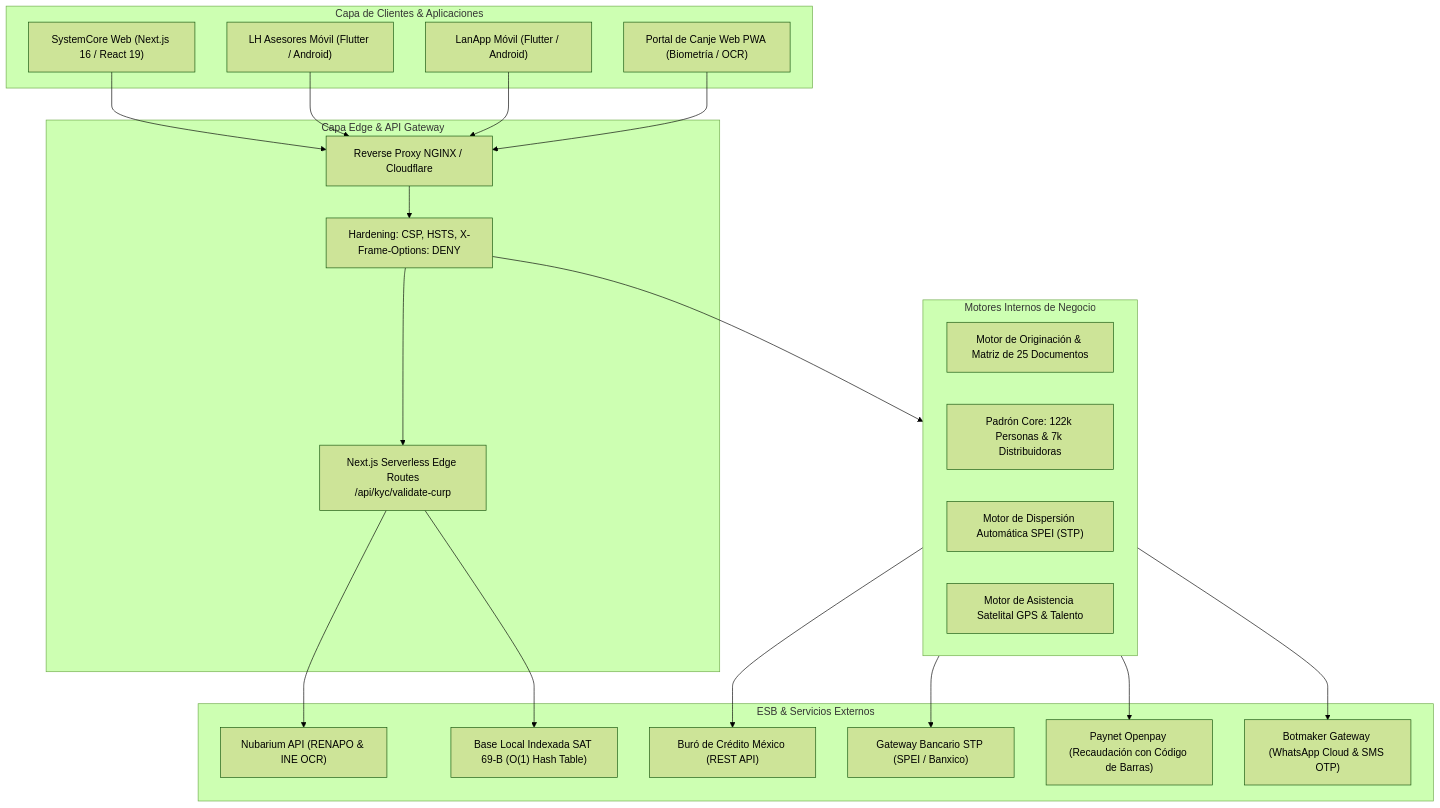
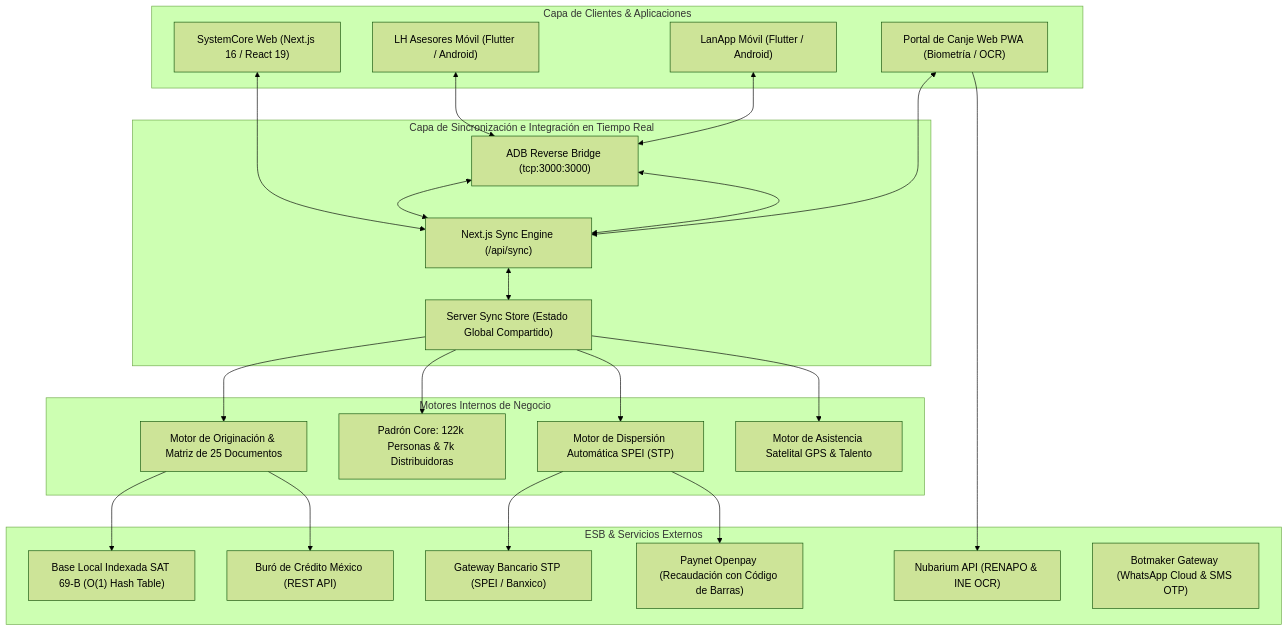
The diagram in README.md (CarlosMartinezLH/SystemCore_LH), drawn with Mermaid (forest theme) before and after one commit. The commit also changed other lines of this file and 11 other files, not shown here.

Commit message:
feat(sync): add bidirectional multi-system sync bus, executive presentation, and updated documentation

````diff
--- a/README.md
+++ b/README.md
@@ -24,47 +25,48 @@
 ```mermaid
 flowchart TD
     subgraph Clientes ["Capa de Clientes & Aplicaciones"]
         WEB["SystemCore Web (Next.js 16 / React 19)"]
         APP_ADV["LH Asesores Móvil (Flutter / Android)"]
         APP_LAN["LanApp Móvil (Flutter / Android)"]
         PWA_CAN["Portal de Canje Web PWA (Biometría / OCR)"]
     end
 
-    subgraph EdgeGateway ["Capa Edge & API Gateway"]
-        PROXY["Reverse Proxy NGINX / Cloudflare"]
-        EDGE_API["Next.js Serverless Edge Routes\n/api/kyc/validate-curp"]
-        SEC_HEADERS["Hardening: CSP, HSTS, X-Frame-Options: DENY"]
+    subgraph SyncBus ["Capa de Sincronización e Integración en Tiempo Real"]
+        API_SYNC["Next.js Sync Engine (/api/sync)"]
+        STORE["Server Sync Store (Estado Global Compartido)"]
+        ADB_REV["ADB Reverse Bridge (tcp:3000:3000)"]
     end
 
     subgraph MotoresCore ["Motores Internos de Negocio"]
         CRM_ENG["Motor de Originación & Matriz de 25 Documentos"]
         PADRON_ENG["Padrón Core: 122k Personas & 7k Distribuidoras"]
         STP_ENG["Motor de Dispersión Automática SPEI (STP)"]
         RH_ENG["Motor de Asistencia Satelital GPS & Talento"]
     end
 
     subgraph IntegracionesESB ["ESB & Servicios Externos"]
         NUBARIUM["Nubarium API (RENAPO & INE OCR)"]
         SAT_DB["Base Local Indexada SAT 69-B (O(1) Hash Table)"]
         BURO["Buró de Crédito México (REST API)"]
         STP_SPEI["Gateway Bancario STP (SPEI / Banxico)"]
         PAYNET["Paynet Openpay (Recaudación con Código de Barras)"]
         BOTMAKER["Botmaker Gateway (WhatsApp Cloud & SMS OTP)"]
     end
 
-    WEB --> PROXY
-    APP_ADV --> PROXY
-    APP_LAN --> PROXY
-    PWA_CAN --> PROXY
+    WEB <--> API_SYNC
+    APP_LAN <--> ADB_REV <--> API_SYNC
+    APP_ADV <--> ADB_REV <--> API_SYNC
+    PWA_CAN <--> API_SYNC
 
-    PROXY --> SEC_HEADERS
-    SEC_HEADERS --> EDGE_API
-    SEC_HEADERS --> MotoresCore
+    API_SYNC <--> STORE
+    STORE --> CRM_ENG
+    STORE --> PADRON_ENG
+    STORE --> STP_ENG
+    STORE --> RH_ENG
 
-    EDGE_API --> NUBARIUM
-    EDGE_API --> SAT_DB
-    MotoresCore --> BURO
-    MotoresCore --> STP_SPEI
-    MotoresCore --> PAYNET
-    MotoresCore --> BOTMAKER
+    CRM_ENG --> SAT_DB
+    CRM_ENG --> BURO
+    STP_ENG --> STP_SPEI
+    STP_ENG --> PAYNET
+    PWA_CAN --> NUBARIUM
 ```
````
